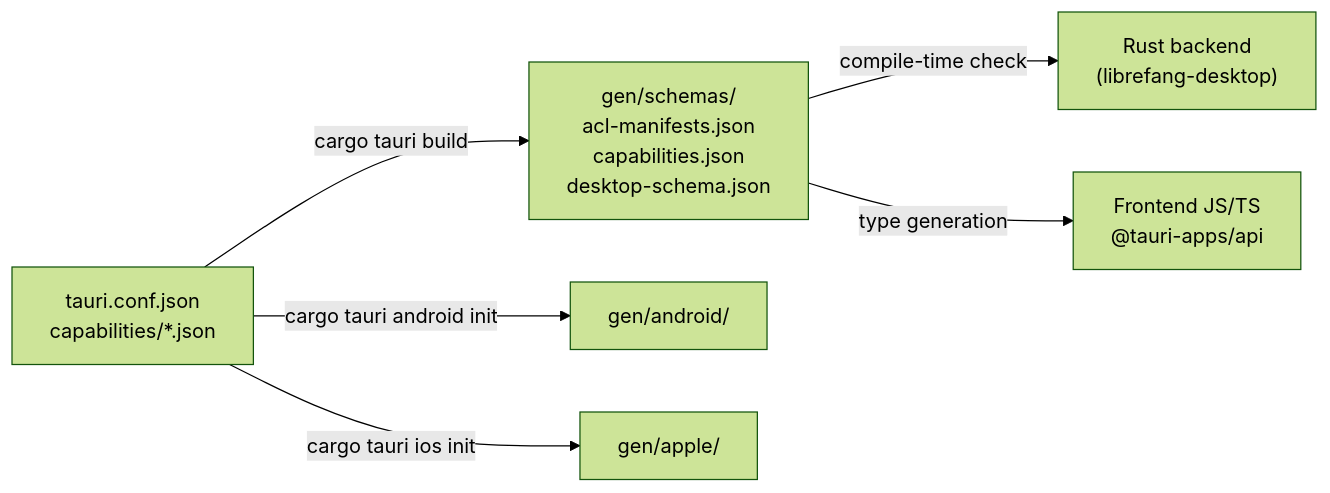
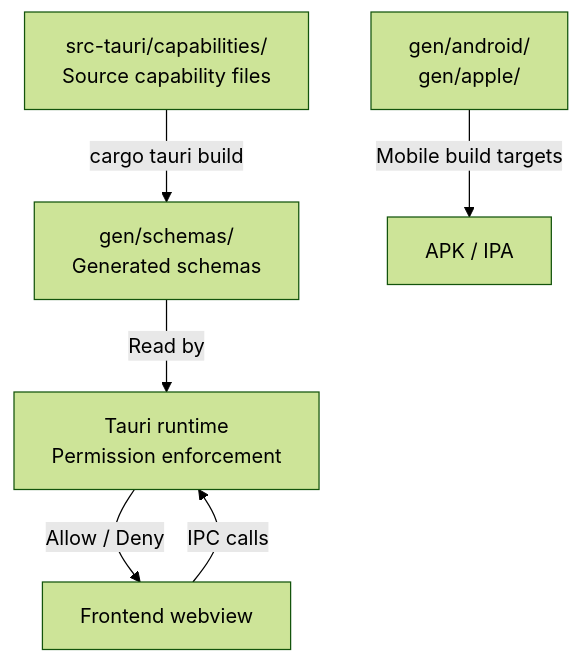
The diagram in other-librefang-desktop-gen.md (leszek3737/librefang-WIki), drawn with Mermaid (forest theme) before and after one commit. The commit also changed other lines of this file and 70 other files, not shown here.

````diff
--- a/other-librefang-desktop-gen.md
+++ b/other-librefang-desktop-gen.md
@@ -146,8 +167,8 @@
 ```mermaid
-flowchart LR
-    A["tauri.conf.json<br/>capabilities/*.json"] -->|cargo tauri build| B["gen/schemas/<br/>acl-manifests.json<br/>capabilities.json<br/>desktop-schema.json"]
-    B -->|compile-time check| C["Rust backend<br/>(librefang-desktop)"]
-    B -->|type generation| D["Frontend JS/TS<br/>@tauri-apps/api"]
-    A -->|cargo tauri android init| E["gen/android/"]
-    A -->|cargo tauri ios init| F["gen/apple/"]
+graph TD
+    A[src-tauri/capabilities/<br/>Source capability files] -->|cargo tauri build| B[gen/schemas/<br/>Generated schemas]
+    B -->|Read by| C[Tauri runtime<br/>Permission enforcement]
+    D[Frontend webview] -->|IPC calls| C
+    C -->|Allow / Deny| D
+    E[gen/android/<br/>gen/apple/] -->|Mobile build targets| F[APK / IPA]
 ```
````
